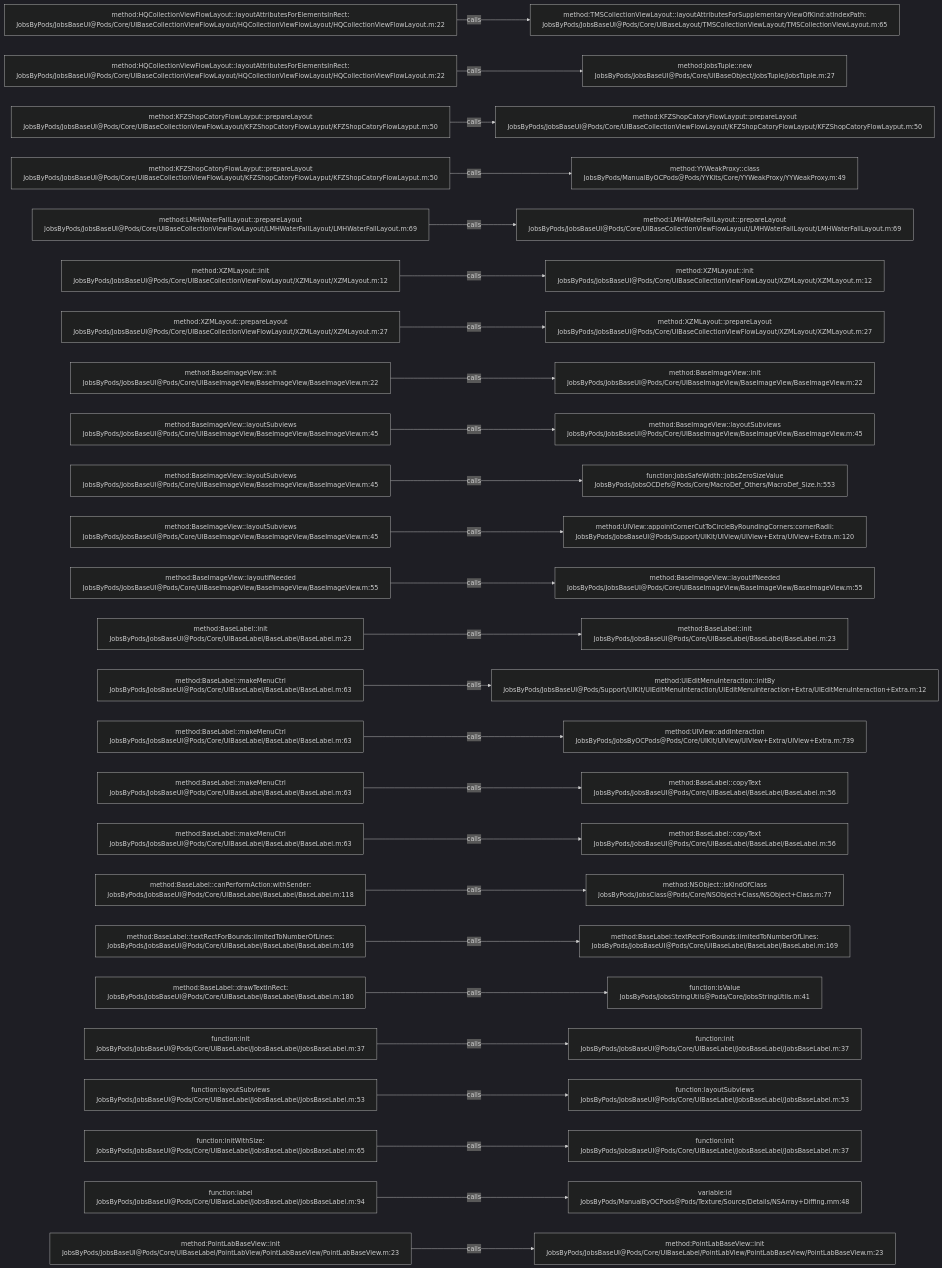
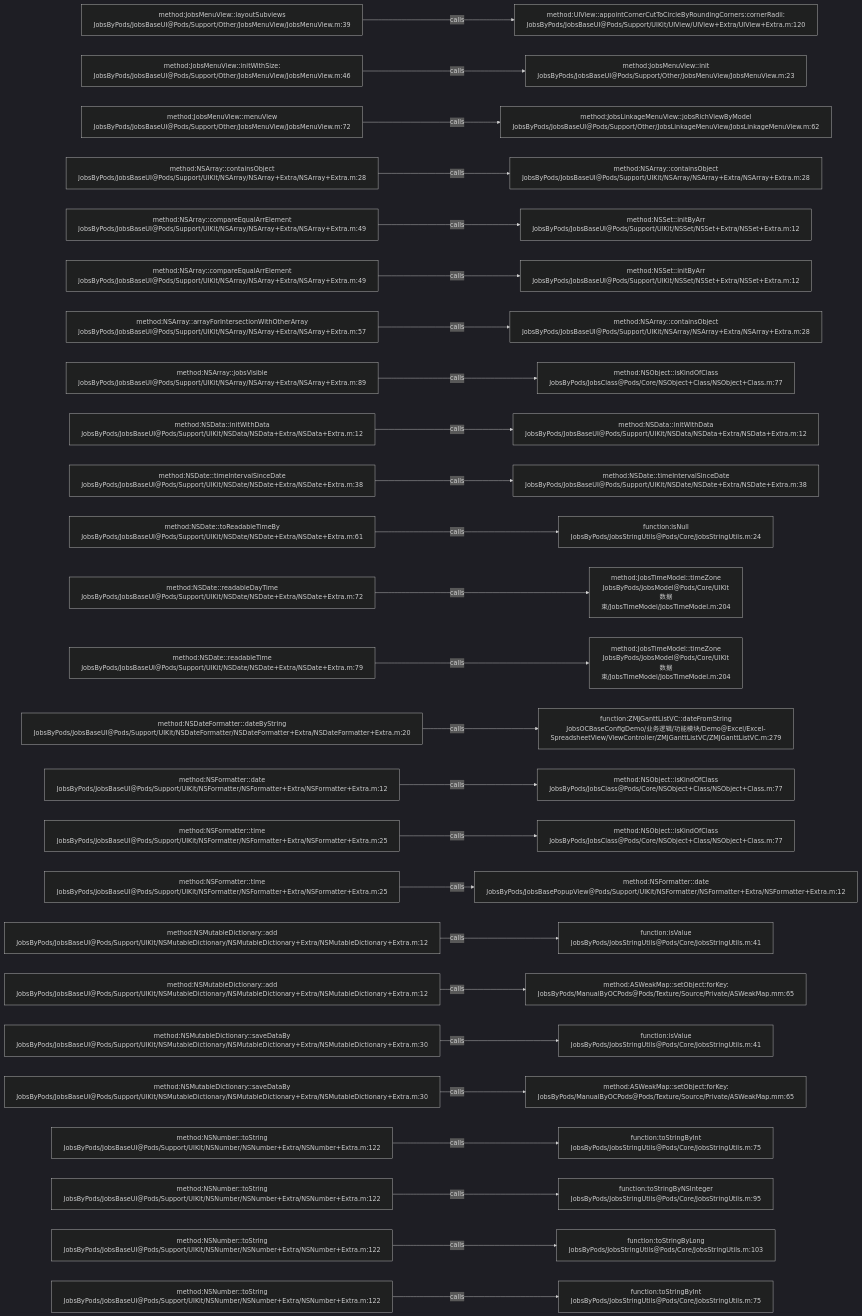
The diagram in .codegraph/codegraph.md/graphs/calls-037.md (JobsKits/JobsOCBaseConfigDemo), drawn with Mermaid (dark theme) before and after one commit. The commit also changed 1026 other files, not shown here.

````diff
--- a/.codegraph/codegraph.md/graphs/calls-037.md
+++ b/.codegraph/codegraph.md/graphs/calls-037.md
@@ -13,78 +13,78 @@
 ```mermaid
 flowchart LR
-  S1["method:HQCollectionViewFlowLayout::layoutAttributesForElementsInRect:<br/>JobsByPods/JobsBaseUI@Pods/Core/UIBaseCollectionViewFlowLayout/HQCollectionViewFlowLayout/HQCollectionViewFlowLayout.m:22"]
-  T1["method:TMSCollectionViewLayout::layoutAttributesForSupplementaryViewOfKind:atIndexPath:<br/>JobsByPods/JobsBaseUI@Pods/Core/UIBaseLayout/TMSCollectionViewLayout/TMSCollectionViewLayout.m:65"]
+  S1["method:JobsMenuView::layoutSubviews<br/>JobsByPods/JobsBaseUI@Pods/Support/Other/JobsMenuView/JobsMenuView.m:39"]
+  T1["method:UIView::appointCornerCutToCircleByRoundingCorners:cornerRadii:<br/>JobsByPods/JobsBaseUI@Pods/Support/UIKit/UIView/UIView+Extra/UIView+Extra.m:120"]
   S1 -->|calls| T1
-  S2["method:HQCollectionViewFlowLayout::layoutAttributesForElementsInRect:<br/>JobsByPods/JobsBaseUI@Pods/Core/UIBaseCollectionViewFlowLayout/HQCollectionViewFlowLayout/HQCollectionViewFlowLayout.m:22"]
-  T2["method:JobsTuple::new<br/>JobsByPods/JobsBaseUI@Pods/Core/UIBaseObject/JobsTuple/JobsTuple.m:27"]
+  S2["method:JobsMenuView::initWithSize:<br/>JobsByPods/JobsBaseUI@Pods/Support/Other/JobsMenuView/JobsMenuView.m:46"]
+  T2["method:JobsMenuView::init<br/>JobsByPods/JobsBaseUI@Pods/Support/Other/JobsMenuView/JobsMenuView.m:23"]
   S2 -->|calls| T2
-  S3["method:KFZShopCatoryFlowLayput::prepareLayout<br/>JobsByPods/JobsBaseUI@Pods/Core/UIBaseCollectionViewFlowLayout/KFZShopCatoryFlowLayput/KFZShopCatoryFlowLayput.m:50"]
-  T3["method:KFZShopCatoryFlowLayput::prepareLayout<br/>JobsByPods/JobsBaseUI@Pods/Core/UIBaseCollectionViewFlowLayout/KFZShopCatoryFlowLayput/KFZShopCatoryFlowLayput.m:50"]
+  S3["method:JobsMenuView::menuView<br/>JobsByPods/JobsBaseUI@Pods/Support/Other/JobsMenuView/JobsMenuView.m:72"]
+  T3["method:JobsLinkageMenuView::jobsRichViewByModel<br/>JobsByPods/JobsBaseUI@Pods/Support/Other/JobsLinkageMenuView/JobsLinkageMenuView.m:62"]
   S3 -->|calls| T3
-  S4["method:KFZShopCatoryFlowLayput::prepareLayout<br/>JobsByPods/JobsBaseUI@Pods/Core/UIBaseCollectionViewFlowLayout/KFZShopCatoryFlowLayput/KFZShopCatoryFlowLayput.m:50"]
-  T4["method:YYWeakProxy::class<br/>JobsByPods/ManualByOCPods@Pods/YYKits/Core/YYWeakProxy/YYWeakProxy.m:49"]
+  S4["method:NSArray::containsObject<br/>JobsByPods/JobsBaseUI@Pods/Support/UIKit/NSArray/NSArray+Extra/NSArray+Extra.m:28"]
+  T4["method:NSArray::containsObject<br/>JobsByPods/JobsBaseUI@Pods/Support/UIKit/NSArray/NSArray+Extra/NSArray+Extra.m:28"]
   S4 -->|calls| T4
-  S5["method:LMHWaterFallLayout::prepareLayout<br/>JobsByPods/JobsBaseUI@Pods/Core/UIBaseCollectionViewFlowLayout/LMHWaterFallLayout/LMHWaterFallLayout.m:69"]
-  T5["method:LMHWaterFallLayout::prepareLayout<br/>JobsByPods/JobsBaseUI@Pods/Core/UIBaseCollectionViewFlowLayout/LMHWaterFallLayout/LMHWaterFallLayout.m:69"]
+  S5["method:NSArray::compareEqualArrElement<br/>JobsByPods/JobsBaseUI@Pods/Support/UIKit/NSArray/NSArray+Extra/NSArray+Extra.m:49"]
+  T5["method:NSSet::initByArr<br/>JobsByPods/JobsBaseUI@Pods/Support/UIKit/NSSet/NSSet+Extra/NSSet+Extra.m:12"]
   S5 -->|calls| T5
-  S6["method:XZMLayout::init<br/>JobsByPods/JobsBaseUI@Pods/Core/UIBaseCollectionViewFlowLayout/XZMLayout/XZMLayout.m:12"]
-  T6["method:XZMLayout::init<br/>JobsByPods/JobsBaseUI@Pods/Core/UIBaseCollectionViewFlowLayout/XZMLayout/XZMLayout.m:12"]
+  S6["method:NSArray::compareEqualArrElement<br/>JobsByPods/JobsBaseUI@Pods/Support/UIKit/NSArray/NSArray+Extra/NSArray+Extra.m:49"]
+  T6["method:NSSet::initByArr<br/>JobsByPods/JobsBaseUI@Pods/Support/UIKit/NSSet/NSSet+Extra/NSSet+Extra.m:12"]
   S6 -->|calls| T6
-  S7["method:XZMLayout::prepareLayout<br/>JobsByPods/JobsBaseUI@Pods/Core/UIBaseCollectionViewFlowLayout/XZMLayout/XZMLayout.m:27"]
-  T7["method:XZMLayout::prepareLayout<br/>JobsByPods/JobsBaseUI@Pods/Core/UIBaseCollectionViewFlowLayout/XZMLayout/XZMLayout.m:27"]
+  S7["method:NSArray::arrayForIntersectionWithOtherArray<br/>JobsByPods/JobsBaseUI@Pods/Support/UIKit/NSArray/NSArray+Extra/NSArray+Extra.m:57"]
+  T7["method:NSArray::containsObject<br/>JobsByPods/JobsBaseUI@Pods/Support/UIKit/NSArray/NSArray+Extra/NSArray+Extra.m:28"]
   S7 -->|calls| T7
-  S8["method:BaseImageView::init<br/>JobsByPods/JobsBaseUI@Pods/Core/UIBaseImageView/BaseImageView/BaseImageView.m:22"]
-  T8["method:BaseImageView::init<br/>JobsByPods/JobsBaseUI@Pods/Core/UIBaseImageView/BaseImageView/BaseImageView.m:22"]
+  S8["method:NSArray::jobsVisible<br/>JobsByPods/JobsBaseUI@Pods/Support/UIKit/NSArray/NSArray+Extra/NSArray+Extra.m:89"]
+  T8["method:NSObject::isKindOfClass<br/>JobsByPods/JobsClass@Pods/Core/NSObject+Class/NSObject+Class.m:77"]
   S8 -->|calls| T8
-  S9["method:BaseImageView::layoutSubviews<br/>JobsByPods/JobsBaseUI@Pods/Core/UIBaseImageView/BaseImageView/BaseImageView.m:45"]
-  T9["method:BaseImageView::layoutSubviews<br/>JobsByPods/JobsBaseUI@Pods/Core/UIBaseImageView/BaseImageView/BaseImageView.m:45"]
+  S9["method:NSData::initWithData<br/>JobsByPods/JobsBaseUI@Pods/Support/UIKit/NSData/NSData+Extra/NSData+Extra.m:12"]
+  T9["method:NSData::initWithData<br/>JobsByPods/JobsBaseUI@Pods/Support/UIKit/NSData/NSData+Extra/NSData+Extra.m:12"]
   S9 -->|calls| T9
-  S10["method:BaseImageView::layoutSubviews<br/>JobsByPods/JobsBaseUI@Pods/Core/UIBaseImageView/BaseImageView/BaseImageView.m:45"]
-  T10["function:JobsSafeWidth::jobsZeroSizeValue<br/>JobsByPods/JobsOCDefs@Pods/Core/MacroDef_Others/MacroDef_Size.h:553"]
+  S10["method:NSDate::timeIntervalSinceDate<br/>JobsByPods/JobsBaseUI@Pods/Support/UIKit/NSDate/NSDate+Extra/NSDate+Extra.m:38"]
+  T10["method:NSDate::timeIntervalSinceDate<br/>JobsByPods/JobsBaseUI@Pods/Support/UIKit/NSDate/NSDate+Extra/NSDate+Extra.m:38"]
   S10 -->|calls| T10
-  S11["method:BaseImageView::layoutSubviews<br/>JobsByPods/JobsBaseUI@Pods/Core/UIBaseImageView/BaseImageView/BaseImageView.m:45"]
-  T11["method:UIView::appointCornerCutToCircleByRoundingCorners:cornerRadii:<br/>JobsByPods/JobsBaseUI@Pods/Support/UIKit/UIView/UIView+Extra/UIView+Extra.m:120"]
+  S11["method:NSDate::toReadableTimeBy<br/>JobsByPods/JobsBaseUI@Pods/Support/UIKit/NSDate/NSDate+Extra/NSDate+Extra.m:61"]
+  T11["function:isNull<br/>JobsByPods/JobsStringUtils@Pods/Core/JobsStringUtils.m:24"]
   S11 -->|calls| T11
-  S12["method:BaseImageView::layoutIfNeeded<br/>JobsByPods/JobsBaseUI@Pods/Core/UIBaseImageView/BaseImageView/BaseImageView.m:55"]
-  T12["method:BaseImageView::layoutIfNeeded<br/>JobsByPods/JobsBaseUI@Pods/Core/UIBaseImageView/BaseImageView/BaseImageView.m:55"]
+  S12["method:NSDate::readableDayTime<br/>JobsByPods/JobsBaseUI@Pods/Support/UIKit/NSDate/NSDate+Extra/NSDate+Extra.m:72"]
+  T12["method:JobsTimeModel::timeZone<br/>JobsByPods/JobsModel@Pods/Core/UIKit数据束/JobsTimeModel/JobsTimeModel.m:204"]
   S12 -->|calls| T12
-  S13["method:BaseLabel::init<br/>JobsByPods/JobsBaseUI@Pods/Core/UIBaseLabel/BaseLabel/BaseLabel.m:23"]
-  T13["method:BaseLabel::init<br/>JobsByPods/JobsBaseUI@Pods/Core/UIBaseLabel/BaseLabel/BaseLabel.m:23"]
+  S13["method:NSDate::readableTime<br/>JobsByPods/JobsBaseUI@Pods/Support/UIKit/NSDate/NSDate+Extra/NSDate+Extra.m:79"]
+  T13["method:JobsTimeModel::timeZone<br/>JobsByPods/JobsModel@Pods/Core/UIKit数据束/JobsTimeModel/JobsTimeModel.m:204"]
   S13 -->|calls| T13
-  S14["method:BaseLabel::makeMenuCtrl<br/>JobsByPods/JobsBaseUI@Pods/Core/UIBaseLabel/BaseLabel/BaseLabel.m:63"]
-  T14["method:UIEditMenuInteraction::initBy<br/>JobsByPods/JobsBaseUI@Pods/Support/UIKit/UIEditMenuInteraction/UIEditMenuInteraction+Extra/UIEditMenuInteraction+Extra.m:12"]
+  S14["method:NSDateFormatter::dateByString<br/>JobsByPods/JobsBaseUI@Pods/Support/UIKit/NSDateFormatter/NSDateFormatter+Extra/NSDateFormatter+Extra.m:20"]
+  T14["function:ZMJGanttListVC::dateFromString<br/>JobsOCBaseConfigDemo/业务逻辑/功能模块/Demo@Excel/Excel-SpreadsheetView/ViewController/ZMJGanttListVC/ZMJGanttListVC.m:279"]
   S14 -->|calls| T14
-  S15["method:BaseLabel::makeMenuCtrl<br/>JobsByPods/JobsBaseUI@Pods/Core/UIBaseLabel/BaseLabel/BaseLabel.m:63"]
-  T15["method:UIView::addInteraction<br/>JobsByPods/JobsByOCPods@Pods/Core/UIKit/UIView/UIView+Extra/UIView+Extra.m:739"]
+  S15["method:NSFormatter::date<br/>JobsByPods/JobsBaseUI@Pods/Support/UIKit/NSFormatter/NSFormatter+Extra/NSFormatter+Extra.m:12"]
+  T15["method:NSObject::isKindOfClass<br/>JobsByPods/JobsClass@Pods/Core/NSObject+Class/NSObject+Class.m:77"]
   S15 -->|calls| T15
-  S16["method:BaseLabel::makeMenuCtrl<br/>JobsByPods/JobsBaseUI@Pods/Core/UIBaseLabel/BaseLabel/BaseLabel.m:63"]
-  T16["method:BaseLabel::copyText<br/>JobsByPods/JobsBaseUI@Pods/Core/UIBaseLabel/BaseLabel/BaseLabel.m:56"]
+  S16["method:NSFormatter::time<br/>JobsByPods/JobsBaseUI@Pods/Support/UIKit/NSFormatter/NSFormatter+Extra/NSFormatter+Extra.m:25"]
+  T16["method:NSObject::isKindOfClass<br/>JobsByPods/JobsClass@Pods/Core/NSObject+Class/NSObject+Class.m:77"]
   S16 -->|calls| T16
-  S17["method:BaseLabel::makeMenuCtrl<br/>JobsByPods/JobsBaseUI@Pods/Core/UIBaseLabel/BaseLabel/BaseLabel.m:63"]
-  T17["method:BaseLabel::copyText<br/>JobsByPods/JobsBaseUI@Pods/Core/UIBaseLabel/BaseLabel/BaseLabel.m:56"]
+  S17["method:NSFormatter::time<br/>JobsByPods/JobsBaseUI@Pods/Support/UIKit/NSFormatter/NSFormatter+Extra/NSFormatter+Extra.m:25"]
+  T17["method:NSFormatter::date<br/>JobsByPods/JobsBasePopupView@Pods/Support/UIKit/NSFormatter/NSFormatter+Extra/NSFormatter+Extra.m:12"]
   S17 -->|calls| T17
-  S18["method:BaseLabel::canPerformAction:withSender:<br/>JobsByPods/JobsBaseUI@Pods/Core/UIBaseLabel/BaseLabel/BaseLabel.m:118"]
-  T18["method:NSObject::isKindOfClass<br/>JobsByPods/JobsClass@Pods/Core/NSObject+Class/NSObject+Class.m:77"]
+  S18["method:NSMutableDictionary::add<br/>JobsByPods/JobsBaseUI@Pods/Support/UIKit/NSMutableDictionary/NSMutableDictionary+Extra/NSMutableDictionary+Extra.m:12"]
+  T18["function:isValue<br/>JobsByPods/JobsStringUtils@Pods/Core/JobsStringUtils.m:41"]
   S18 -->|calls| T18
-  S19["method:BaseLabel::textRectForBounds:limitedToNumberOfLines:<br/>JobsByPods/JobsBaseUI@Pods/Core/UIBaseLabel/BaseLabel/BaseLabel.m:169"]
-  T19["method:BaseLabel::textRectForBounds:limitedToNumberOfLines:<br/>JobsByPods/JobsBaseUI@Pods/Core/UIBaseLabel/BaseLabel/BaseLabel.m:169"]
+  S19["method:NSMutableDictionary::add<br/>JobsByPods/JobsBaseUI@Pods/Support/UIKit/NSMutableDictionary/NSMutableDictionary+Extra/NSMutableDictionary+Extra.m:12"]
+  T19["method:ASWeakMap::setObject:forKey:<br/>JobsByPods/ManualByOCPods@Pods/Texture/Source/Private/ASWeakMap.mm:65"]
   S19 -->|calls| T19
-  S20["method:BaseLabel::drawTextInRect:<br/>JobsByPods/JobsBaseUI@Pods/Core/UIBaseLabel/BaseLabel/BaseLabel.m:180"]
+  S20["method:NSMutableDictionary::saveDataBy<br/>JobsByPods/JobsBaseUI@Pods/Support/UIKit/NSMutableDictionary/NSMutableDictionary+Extra/NSMutableDictionary+Extra.m:30"]
   T20["function:isValue<br/>JobsByPods/JobsStringUtils@Pods/Core/JobsStringUtils.m:41"]
   S20 -->|calls| T20
-  S21["function:init<br/>JobsByPods/JobsBaseUI@Pods/Core/UIBaseLabel/JobsBaseLabel/JobsBaseLabel.m:37"]
-  T21["function:init<br/>JobsByPods/JobsBaseUI@Pods/Core/UIBaseLabel/JobsBaseLabel/JobsBaseLabel.m:37"]
+  S21["method:NSMutableDictionary::saveDataBy<br/>JobsByPods/JobsBaseUI@Pods/Support/UIKit/NSMutableDictionary/NSMutableDictionary+Extra/NSMutableDictionary+Extra.m:30"]
+  T21["method:ASWeakMap::setObject:forKey:<br/>JobsByPods/ManualByOCPods@Pods/Texture/Source/Private/ASWeakMap.mm:65"]
   S21 -->|calls| T21
-  S22["function:layoutSubviews<br/>JobsByPods/JobsBaseUI@Pods/Core/UIBaseLabel/JobsBaseLabel/JobsBaseLabel.m:53"]
-  T22["function:layoutSubviews<br/>JobsByPods/JobsBaseUI@Pods/Core/UIBaseLabel/JobsBaseLabel/JobsBaseLabel.m:53"]
+  S22["method:NSNumber::toString<br/>JobsByPods/JobsBaseUI@Pods/Support/UIKit/NSNumber/NSNumber+Extra/NSNumber+Extra.m:122"]
+  T22["function:toStringByInt<br/>JobsByPods/JobsStringUtils@Pods/Core/JobsStringUtils.m:75"]
   S22 -->|calls| T22
-  S23["function:initWithSize:<br/>JobsByPods/JobsBaseUI@Pods/Core/UIBaseLabel/JobsBaseLabel/JobsBaseLabel.m:65"]
-  T23["function:init<br/>JobsByPods/JobsBaseUI@Pods/Core/UIBaseLabel/JobsBaseLabel/JobsBaseLabel.m:37"]
+  S23["method:NSNumber::toString<br/>JobsByPods/JobsBaseUI@Pods/Support/UIKit/NSNumber/NSNumber+Extra/NSNumber+Extra.m:122"]
+  T23["function:toStringByNSInteger<br/>JobsByPods/JobsStringUtils@Pods/Core/JobsStringUtils.m:95"]
   S23 -->|calls| T23
-  S24["function:label<br/>JobsByPods/JobsBaseUI@Pods/Core/UIBaseLabel/JobsBaseLabel/JobsBaseLabel.m:94"]
-  T24["variable:id<br/>JobsByPods/ManualByOCPods@Pods/Texture/Source/Details/NSArray+Diffing.mm:48"]
+  S24["method:NSNumber::toString<br/>JobsByPods/JobsBaseUI@Pods/Support/UIKit/NSNumber/NSNumber+Extra/NSNumber+Extra.m:122"]
+  T24["function:toStringByLong<br/>JobsByPods/JobsStringUtils@Pods/Core/JobsStringUtils.m:103"]
   S24 -->|calls| T24
-  S25["method:PointLabBaseView::init<br/>JobsByPods/JobsBaseUI@Pods/Core/UIBaseLabel/PointLabView/PointLabBaseView/PointLabBaseView.m:23"]
-  T25["method:PointLabBaseView::init<br/>JobsByPods/JobsBaseUI@Pods/Core/UIBaseLabel/PointLabView/PointLabBaseView/PointLabBaseView.m:23"]
+  S25["method:NSNumber::toString<br/>JobsByPods/JobsBaseUI@Pods/Support/UIKit/NSNumber/NSNumber+Extra/NSNumber+Extra.m:122"]
+  T25["function:toStringByInt<br/>JobsByPods/JobsStringUtils@Pods/Core/JobsStringUtils.m:75"]
   S25 -->|calls| T25
 ```
````
